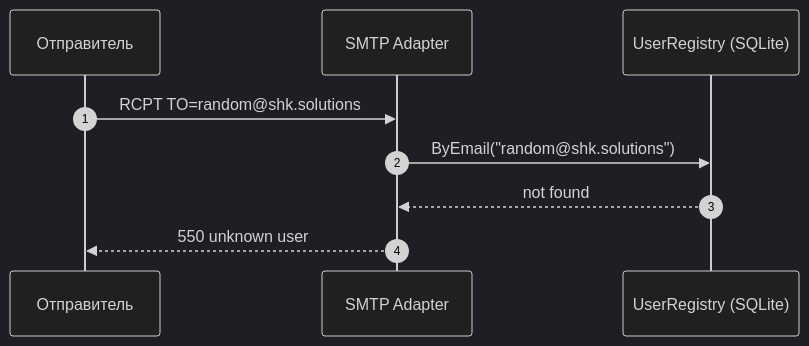
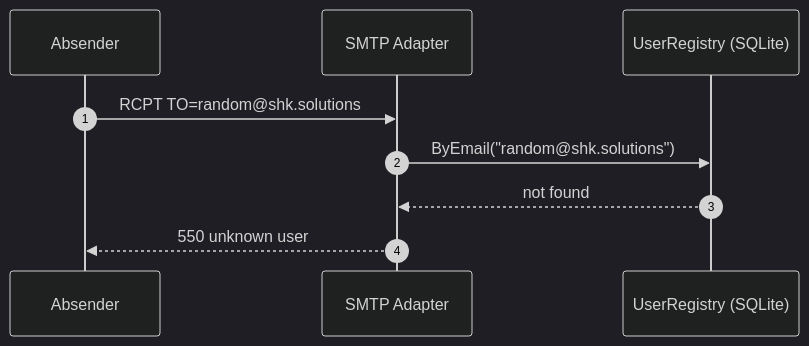
Before and after one commit to Alex84K/smpt_pet_proj: the eighth of 8 diagrams in docs/DESIGN_MVP.md, drawn with Mermaid (dark theme). The commit also changed other lines of this file and 4 other files, not shown here.

````diff
--- a/docs/DESIGN_MVP.md
+++ b/docs/DESIGN_MVP.md
@@ -331,11 +335,11 @@
 ```mermaid
 sequenceDiagram
     autonumber
-    participant Ext as Отправитель
+    participant Ext as Absender
     participant SMTP as SMTP Adapter
     participant REG as UserRegistry (SQLite)
     Ext->>SMTP: RCPT TO=random@shk.solutions
     SMTP->>REG: ByEmail("random@shk.solutions")
     REG-->>SMTP: not found
     SMTP-->>Ext: 550 unknown user
 ```
````
